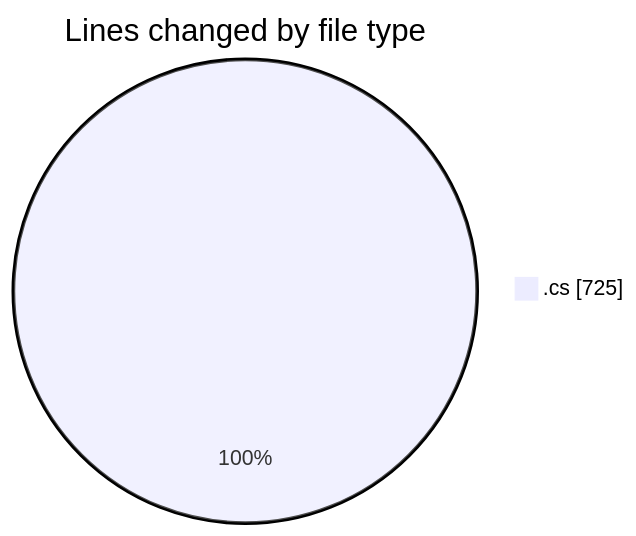
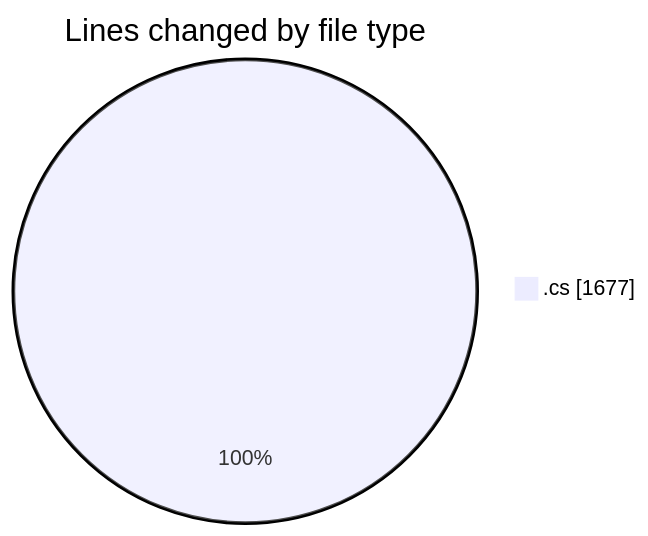
One commit to Netris89/code-tracking changed the first of 2 diagrams in 2025-03-12/back-end/README.md. Above: the diagram before and after it, drawn with Mermaid. The commit also changed other lines of this file and 1 other file, not shown here.

````diff
--- a/2025-03-12/back-end/README.md
+++ b/2025-03-12/back-end/README.md
@@ -29,5 +33,5 @@
 ```mermaid
 pie showData
 title Lines changed by file type
-".cs" : 725
+".cs" : 1677
 ```
````
